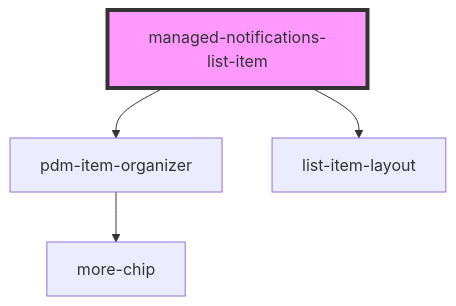
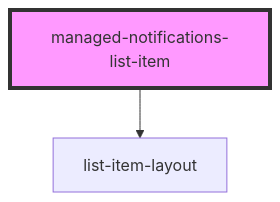
The diagram in pdm-web-components/src/components/managed-notifications-list-item/readme.md (PharmaLedger-IMI/fgt-workspace), drawn with Mermaid before and after one commit. The commit also changed other lines of this file and 2 other files, not shown here.

````diff
--- a/pdm-web-components/src/components/managed-notifications-list-item/readme.md
+++ b/pdm-web-components/src/components/managed-notifications-list-item/readme.md
@@ -45,7 +44,5 @@
 ```mermaid
 graph TD;
-  managed-notifications-list-item --> pdm-item-organizer
   managed-notifications-list-item --> list-item-layout
-  pdm-item-organizer --> more-chip
   style managed-notifications-list-item fill:#f9f,stroke:#333,stroke-width:4px
 ```
````
